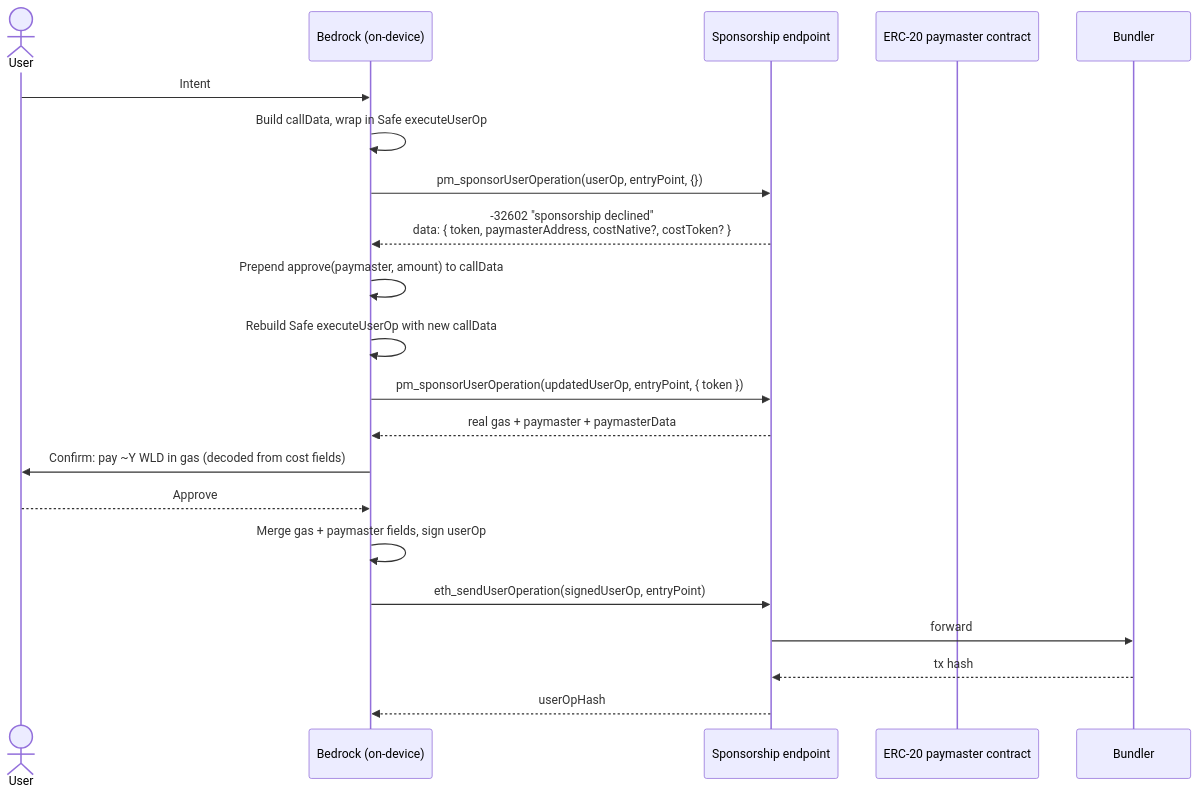
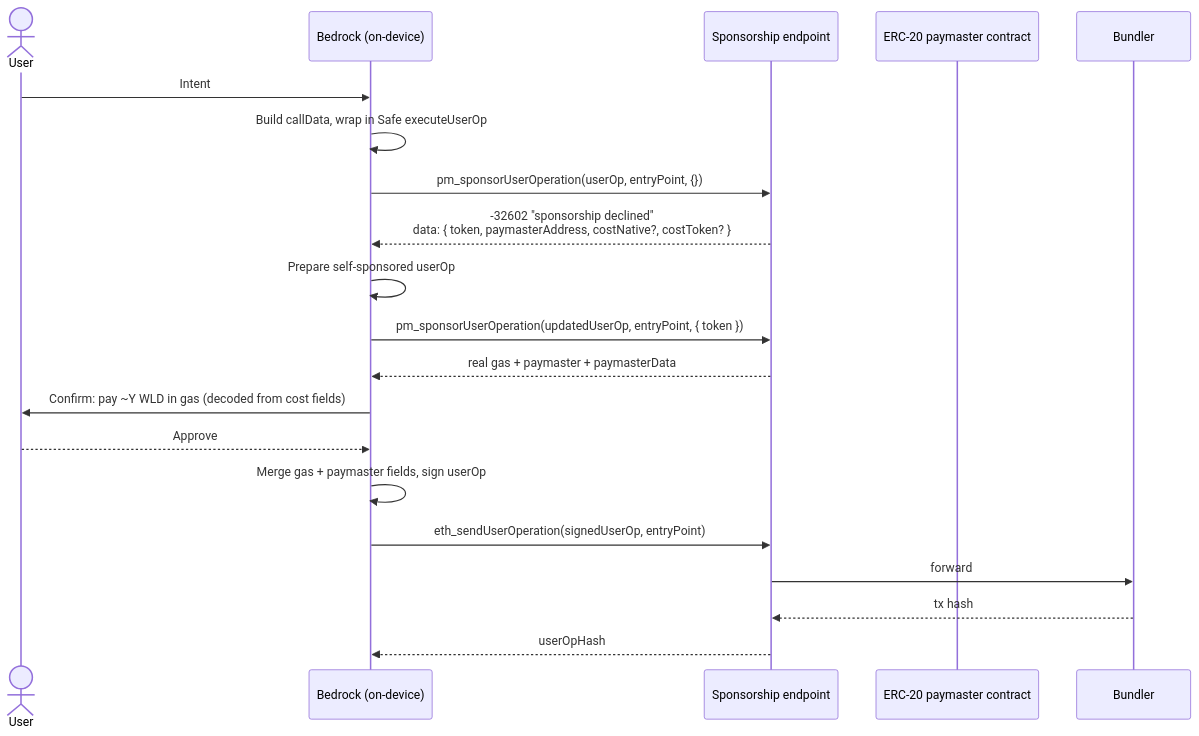
Before and after one commit to worldcoin/bedrock: the second of 2 diagrams in docs/architecture/transactions/prepare_sign_tx.md, drawn with Mermaid. The commit also changed other lines of this file, not shown here.

````diff
--- a/docs/architecture/transactions/prepare_sign_tx.md
+++ b/docs/architecture/transactions/prepare_sign_tx.md
@@ -141,29 +139,28 @@
 ```mermaid
 sequenceDiagram
     actor User
     participant Bedrock as Bedrock (on-device)
     participant Endpoint as Sponsorship endpoint
     participant Paymaster as ERC-20 paymaster contract
     participant Bundler
 
     User->>Bedrock: Intent
     Bedrock->>Bedrock: Build callData, wrap in Safe executeUserOp
 
     Bedrock->>Endpoint: pm_sponsorUserOperation(userOp, entryPoint, {})
     Endpoint-->>Bedrock: -32602 "sponsorship declined"<br/>data: { token, paymasterAddress, costNative?, costToken? }
 
-    Bedrock->>Bedrock: Prepend approve(paymaster, amount) to callData
-    Bedrock->>Bedrock: Rebuild Safe executeUserOp with new callData
+    Bedrock->>Bedrock: Prepare self-sponsored userOp
 
     Bedrock->>Endpoint: pm_sponsorUserOperation(updatedUserOp, entryPoint, { token })
     Endpoint-->>Bedrock: real gas + paymaster + paymasterData
 
     Bedrock->>User: Confirm: pay ~Y WLD in gas (decoded from cost fields)
     User-->>Bedrock: Approve
     Bedrock->>Bedrock: Merge gas + paymaster fields, sign userOp
 
     Bedrock->>Endpoint: eth_sendUserOperation(signedUserOp, entryPoint)
     Endpoint->>Bundler: forward
     Bundler-->>Endpoint: tx hash
     Endpoint-->>Bedrock: userOpHash
 ```
````
